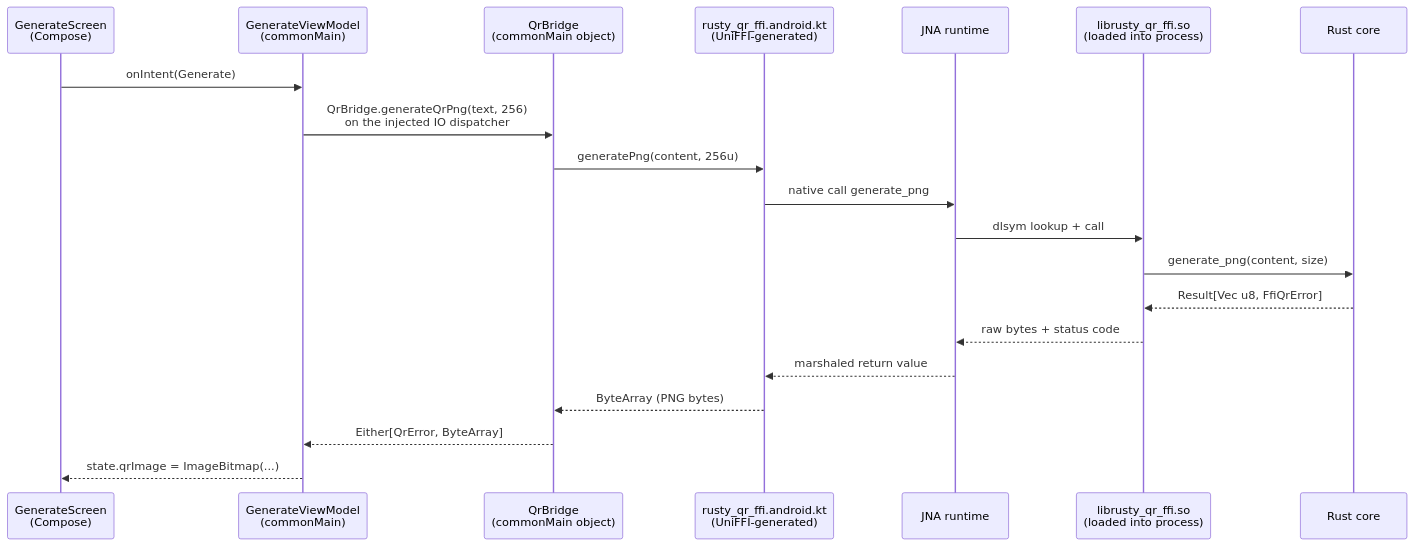
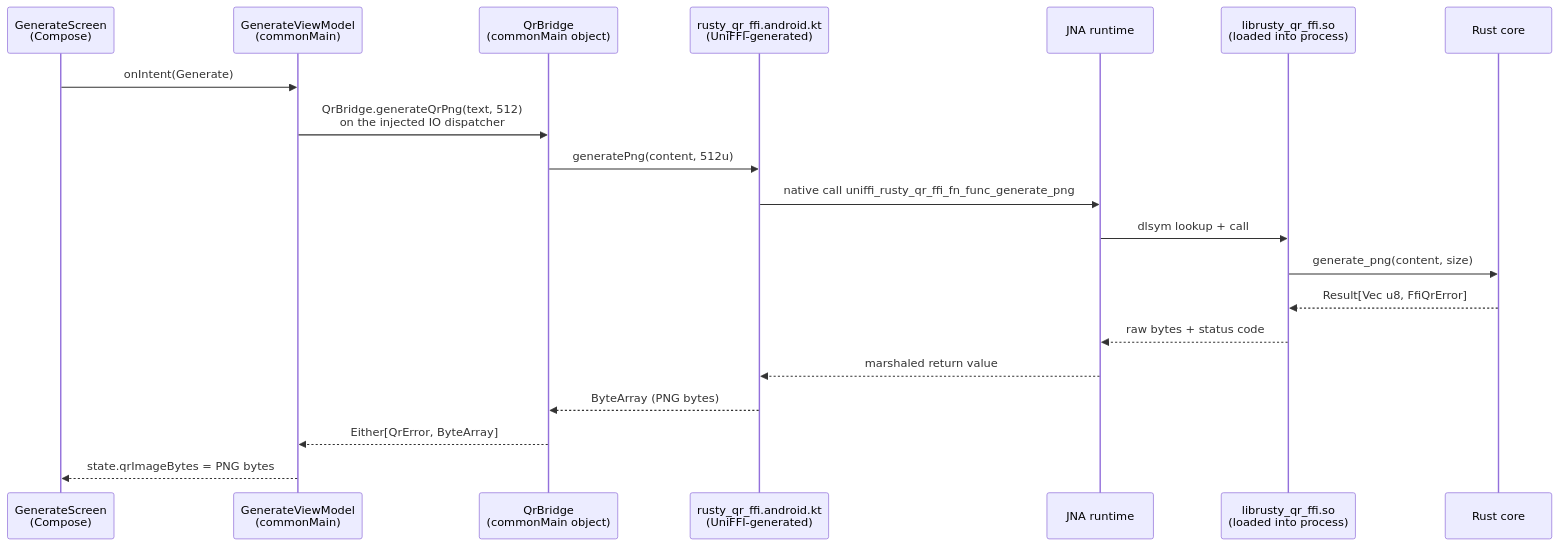
One commit to prasannajeet/RustyQR changed the sixth of 7 diagrams in docs/ARCHITECTURE.md. Above: the diagram before and after it, drawn with Mermaid. The commit also changed other lines of this file and 7 other files, not shown here.

````diff
--- a/docs/ARCHITECTURE.md
+++ b/docs/ARCHITECTURE.md
@@ -417,23 +418,23 @@
 ```mermaid
 sequenceDiagram
     participant UI as GenerateScreen<br/>(Compose)
     participant VM as GenerateViewModel<br/>(commonMain)
     participant Bridge as QrBridge<br/>(commonMain object)
     participant Gen as rusty_qr_ffi.android.kt<br/>(UniFFI-generated)
     participant JNA as JNA runtime
     participant SO as librusty_qr_ffi.so<br/>(loaded into process)
     participant Rust as Rust core
 
     UI->>VM: onIntent(Generate)
-    VM->>Bridge: QrBridge.generateQrPng(text, 256)<br/>on the injected IO dispatcher
-    Bridge->>Gen: generatePng(content, 256u)
-    Gen->>JNA: native call generate_png
+    VM->>Bridge: QrBridge.generateQrPng(text, 512)<br/>on the injected IO dispatcher
+    Bridge->>Gen: generatePng(content, 512u)
+    Gen->>JNA: native call uniffi_rusty_qr_ffi_fn_func_generate_png
     JNA->>SO: dlsym lookup + call
     SO->>Rust: generate_png(content, size)
     Rust-->>SO: Result[Vec u8, FfiQrError]
     SO-->>JNA: raw bytes + status code
     JNA-->>Gen: marshaled return value
     Gen-->>Bridge: ByteArray (PNG bytes)
     Bridge-->>VM: Either[QrError, ByteArray]
-    VM-->>UI: state.qrImage = ImageBitmap(...)
+    VM-->>UI: state.qrImageBytes = PNG bytes
 ```
````
